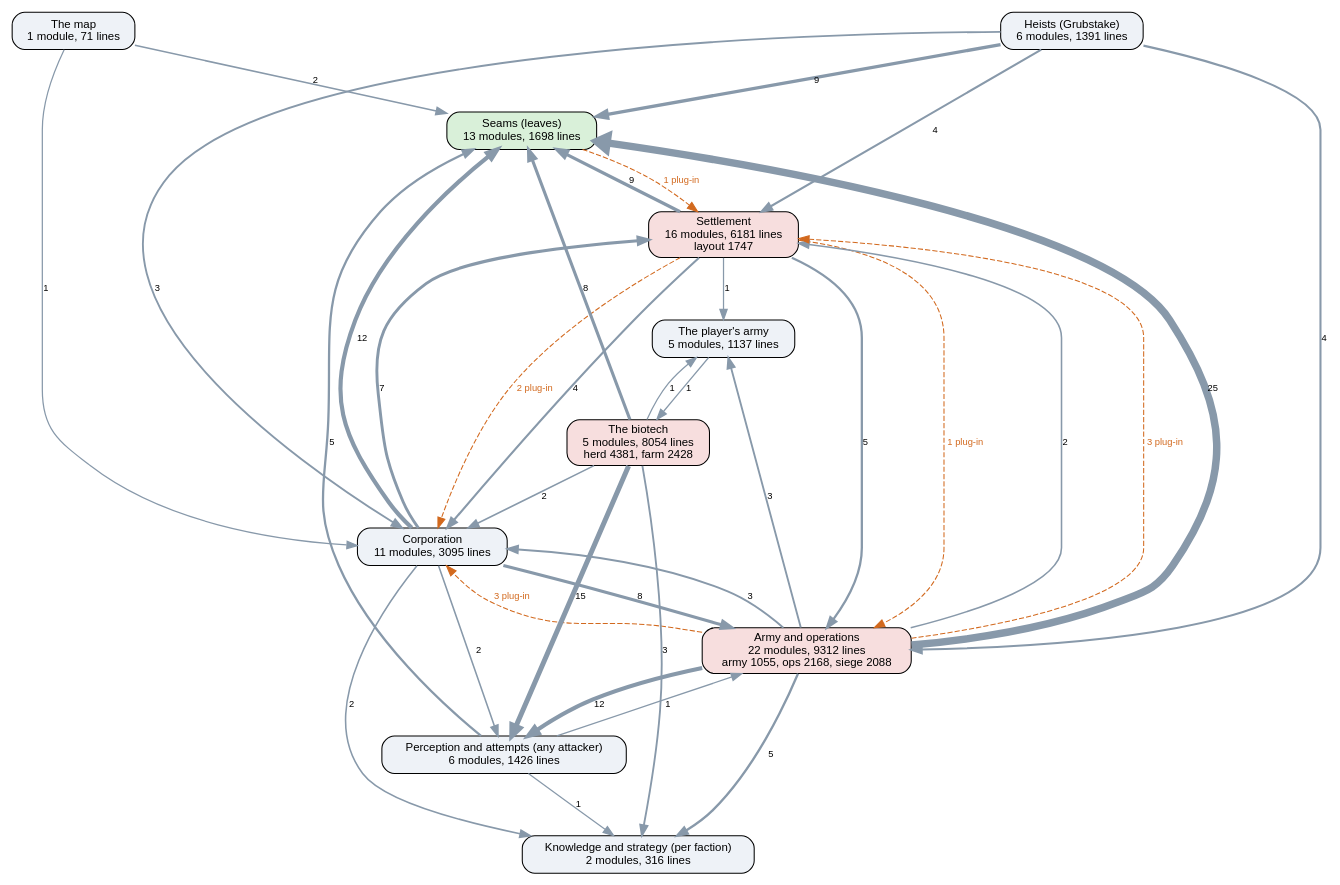
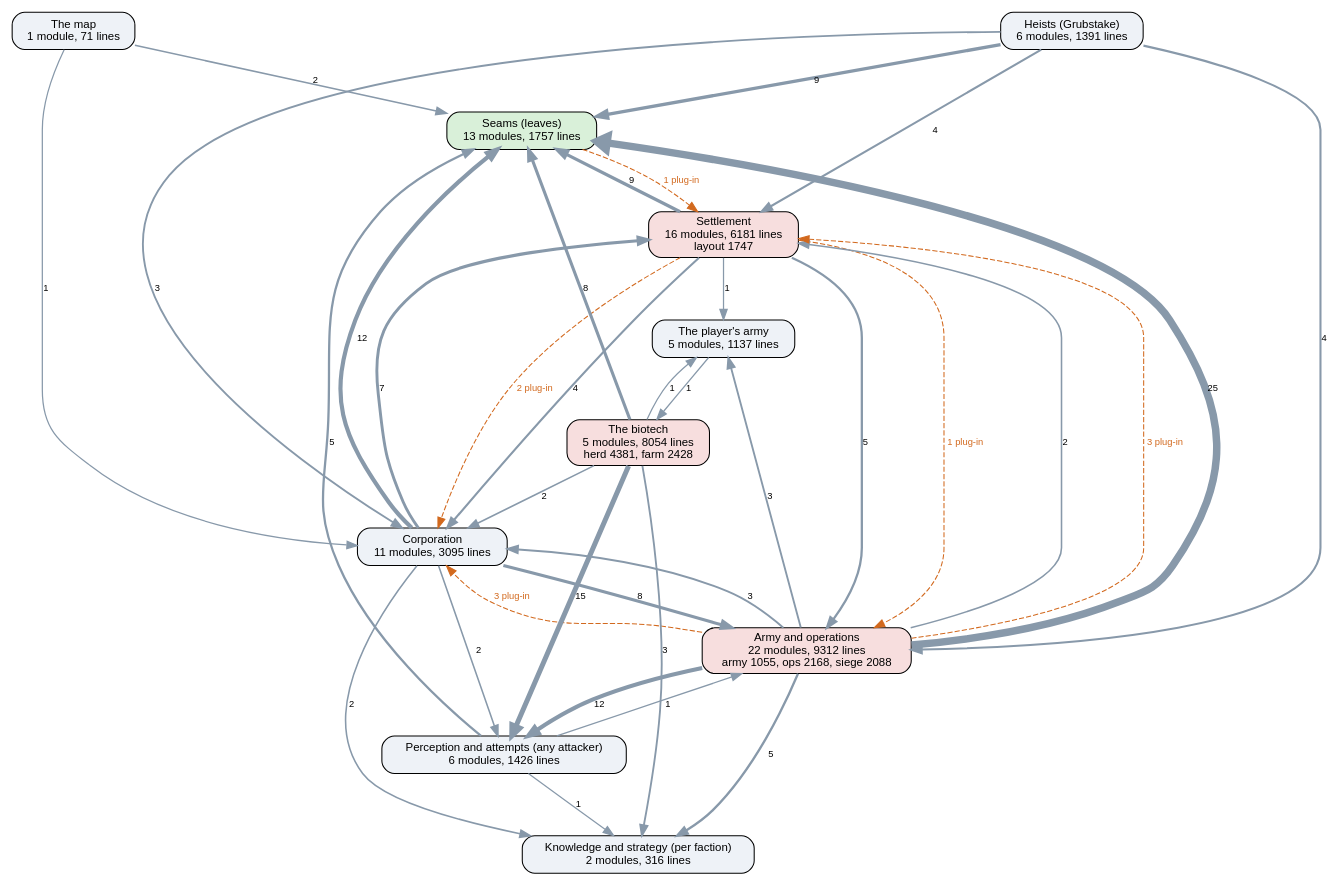
Before and after one commit to kinelhu/landing-party: the diagram in docs/ai-layers.dot, drawn with Graphviz. The commit also changed 9 other files, not shown here.

```diff
--- a/docs/ai-layers.dot
+++ b/docs/ai-layers.dot
@@ -1,50 +1,50 @@
 digraph layers {
   graph [rankdir=TB, fontname="Helvetica", nodesep=0.5, ranksep=0.7];
   node [shape=box, style="rounded,filled", fontname="Helvetica", fontsize=11, fillcolor="#eef2f7"];
   edge [color="#8899aa", fontname="Helvetica", fontsize=9];
-  "Seams (leaves)" [label="Seams (leaves)\n13 modules, 1698 lines", fillcolor="#d9f0d9"];
+  "Seams (leaves)" [label="Seams (leaves)\n13 modules, 1757 lines", fillcolor="#d9f0d9"];
   "Perception and attempts (any attacker)" [label="Perception and attempts (any attacker)\n6 modules, 1426 lines", fillcolor="#eef2f7"];
   "Knowledge and strategy (per faction)" [label="Knowledge and strategy (per faction)\n2 modules, 316 lines", fillcolor="#eef2f7"];
   "Corporation" [label="Corporation\n11 modules, 3095 lines", fillcolor="#eef2f7"];
   "Settlement" [label="Settlement\n16 modules, 6181 lines\nlayout 1747", fillcolor="#f7dede"];
   "Army and operations" [label="Army and operations\n22 modules, 9312 lines\narmy 1055, ops 2168, siege 2088", fillcolor="#f7dede"];
   "Heists (Grubstake)" [label="Heists (Grubstake)\n6 modules, 1391 lines", fillcolor="#eef2f7"];
   "The biotech" [label="The biotech\n5 modules, 8054 lines\nherd 4381, farm 2428", fillcolor="#f7dede"];
   "The map" [label="The map\n1 module, 71 lines", fillcolor="#eef2f7"];
   "The player's army" [label="The player's army\n5 modules, 1137 lines", fillcolor="#eef2f7"];
   "Army and operations" -> "Corporation" [label="3", penwidth=1.8];
   "Army and operations" -> "Knowledge and strategy (per faction)" [label="5", penwidth=2.2];
   "Army and operations" -> "Perception and attempts (any attacker)" [label="12", penwidth=4.0];
   "Army and operations" -> "Seams (leaves)" [label="25", penwidth=7.2];
   "Army and operations" -> "Settlement" [label="2", penwidth=1.5];
   "Army and operations" -> "The player's army" [label="3", penwidth=1.8];
   "Corporation" -> "Army and operations" [label="8", penwidth=3.0];
   "Corporation" -> "Knowledge and strategy (per faction)" [label="2", penwidth=1.5];
   "Corporation" -> "Perception and attempts (any attacker)" [label="2", penwidth=1.5];
   "Corporation" -> "Seams (leaves)" [label="12", penwidth=4.0];
   "Corporation" -> "Settlement" [label="7", penwidth=2.8];
   "Heists (Grubstake)" -> "Army and operations" [label="4", penwidth=2.0];
   "Heists (Grubstake)" -> "Corporation" [label="3", penwidth=1.8];
   "Heists (Grubstake)" -> "Seams (leaves)" [label="9", penwidth=3.2];
   "Heists (Grubstake)" -> "Settlement" [label="4", penwidth=2.0];
   "Perception and attempts (any attacker)" -> "Army and operations" [label="1", penwidth=1.2];
   "Perception and attempts (any attacker)" -> "Knowledge and strategy (per faction)" [label="1", penwidth=1.2];
   "Perception and attempts (any attacker)" -> "Seams (leaves)" [label="5", penwidth=2.2];
   "Settlement" -> "Army and operations" [label="5", penwidth=2.2];
   "Settlement" -> "Corporation" [label="4", penwidth=2.0];
   "Settlement" -> "Seams (leaves)" [label="9", penwidth=3.2];
   "Settlement" -> "The player's army" [label="1", penwidth=1.2];
   "The biotech" -> "Corporation" [label="2", penwidth=1.5];
   "The biotech" -> "Knowledge and strategy (per faction)" [label="3", penwidth=1.8];
   "The biotech" -> "Perception and attempts (any attacker)" [label="15", penwidth=4.8];
   "The biotech" -> "Seams (leaves)" [label="8", penwidth=3.0];
   "The biotech" -> "The player's army" [label="1", penwidth=1.2];
   "The map" -> "Corporation" [label="1", penwidth=1.2];
   "The map" -> "Seams (leaves)" [label="2", penwidth=1.5];
   "The player's army" -> "The biotech" [label="1", penwidth=1.2];
   "Army and operations" -> "Corporation" [style=dashed, color="#d2691e", fontcolor="#d2691e", label="3 plug-in"];
   "Army and operations" -> "Settlement" [style=dashed, color="#d2691e", fontcolor="#d2691e", label="3 plug-in"];
   "Seams (leaves)" -> "Settlement" [style=dashed, color="#d2691e", fontcolor="#d2691e", label="1 plug-in"];
   "Settlement" -> "Army and operations" [style=dashed, color="#d2691e", fontcolor="#d2691e", label="1 plug-in"];
   "Settlement" -> "Corporation" [style=dashed, color="#d2691e", fontcolor="#d2691e", label="2 plug-in"];
 }
```
